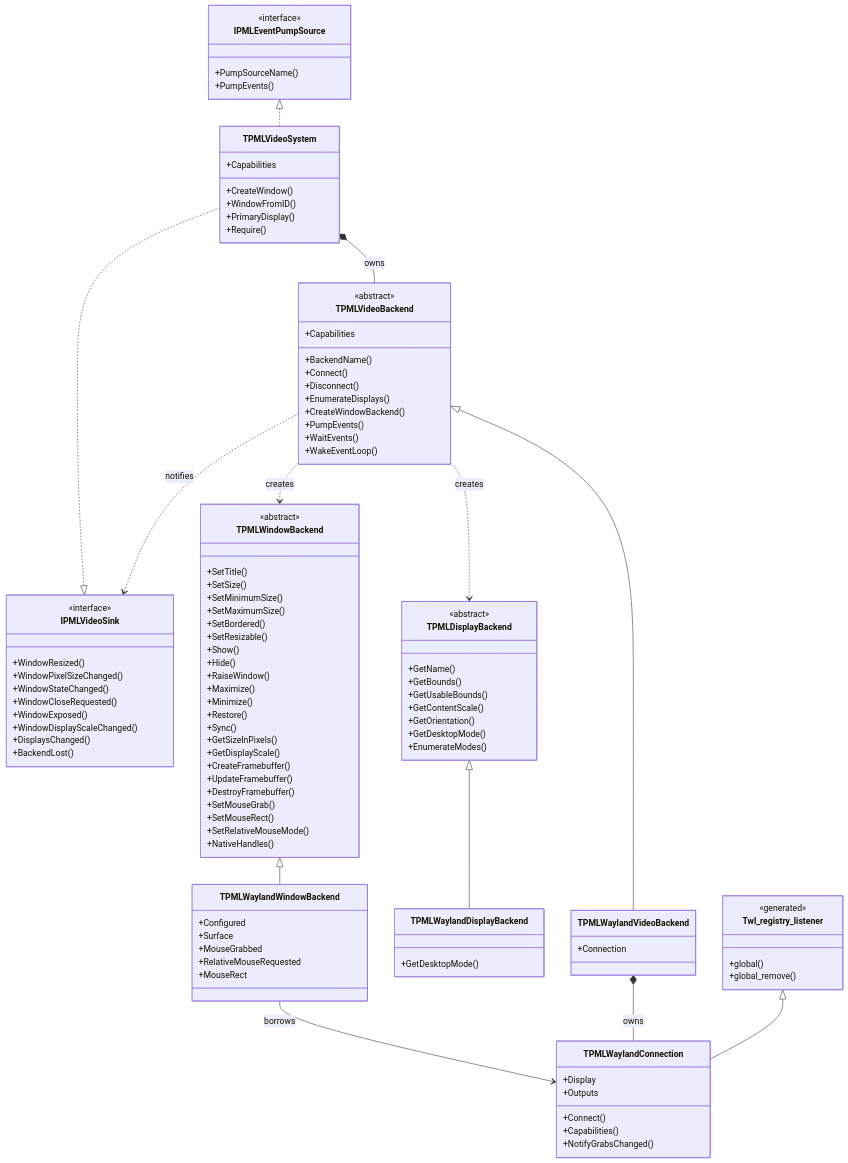
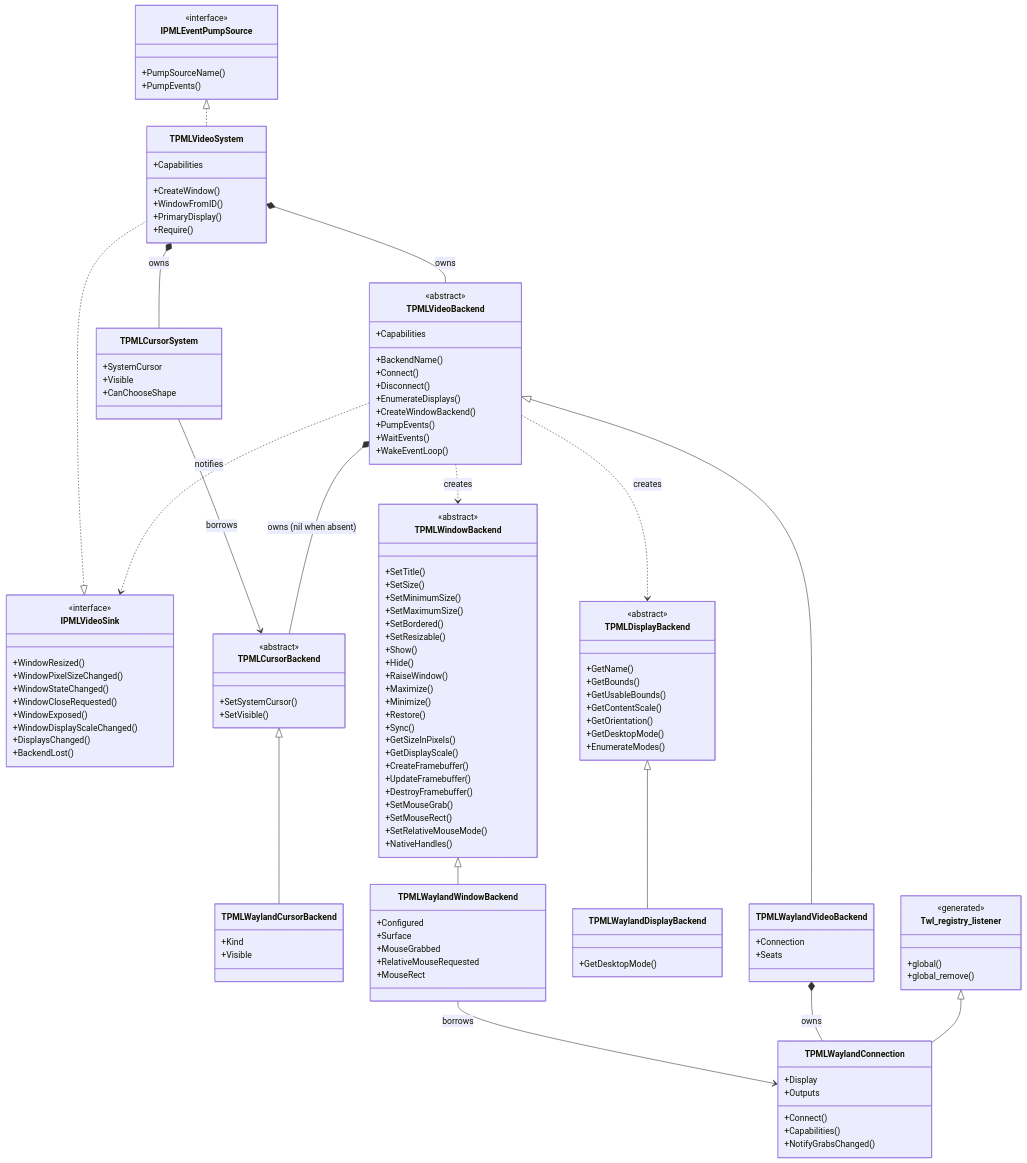
One commit to tankoha/papimela changed the first of 2 diagrams in docs/diagrams/backend-abstraction.md. Above: the diagram before and after it, drawn with Mermaid. The commit also changed other lines of this file and 15 other files, not shown here.

````diff
--- a/docs/diagrams/backend-abstraction.md
+++ b/docs/diagrams/backend-abstraction.md
@@ -35,5 +35,10 @@
 ```mermaid
 classDiagram
+    class TPMLCursorSystem {
+        +SystemCursor
+        +Visible
+        +CanChooseShape
+    }
     class TPMLVideoSystem {
         +CreateWindow()
         +WindowFromID()
@@ -68,6 +73,15 @@
         +WaitEvents()
         +WakeEventLoop()
         +Capabilities
+    }
+    class TPMLCursorBackend {
+        <<abstract>>
+        +SetSystemCursor()
+        +SetVisible()
+    }
+    class TPMLWaylandCursorBackend {
+        +Kind
+        +Visible
     }
     class TPMLDisplayBackend {
         <<abstract>>
@@ -106,6 +120,7 @@
     }
     class TPMLWaylandVideoBackend {
         +Connection
+        +Seats
     }
     class TPMLWaylandDisplayBackend {
         +GetDesktopMode()
@@ -133,6 +148,7 @@
     TPMLVideoBackend <|-- TPMLWaylandVideoBackend
     TPMLDisplayBackend <|-- TPMLWaylandDisplayBackend
     TPMLWindowBackend <|-- TPMLWaylandWindowBackend
+    TPMLCursorBackend <|-- TPMLWaylandCursorBackend
     Twl_registry_listener <|-- TPMLWaylandConnection
 
     IPMLVideoSink <|.. TPMLVideoSystem
@@ -140,6 +156,9 @@
 
     TPMLVideoSystem *-- TPMLVideoBackend : owns
     TPMLWaylandVideoBackend *-- TPMLWaylandConnection : owns
+    TPMLVideoBackend *-- TPMLCursorBackend : owns (nil when absent)
+    TPMLVideoSystem *-- TPMLCursorSystem : owns
+    TPMLCursorSystem --> TPMLCursorBackend : borrows
     TPMLVideoBackend ..> IPMLVideoSink : notifies
     TPMLVideoBackend ..> TPMLDisplayBackend : creates
     TPMLVideoBackend ..> TPMLWindowBackend : creates
````
